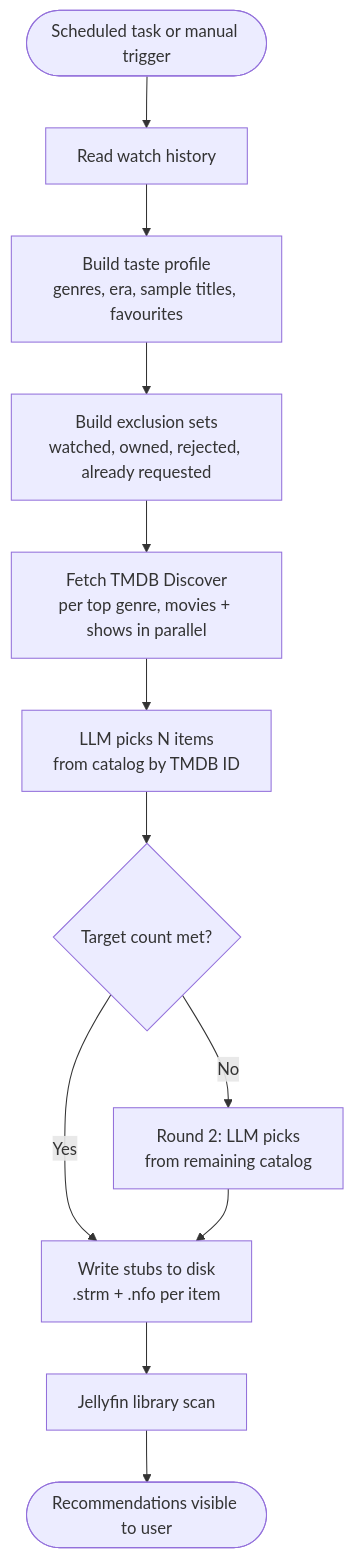
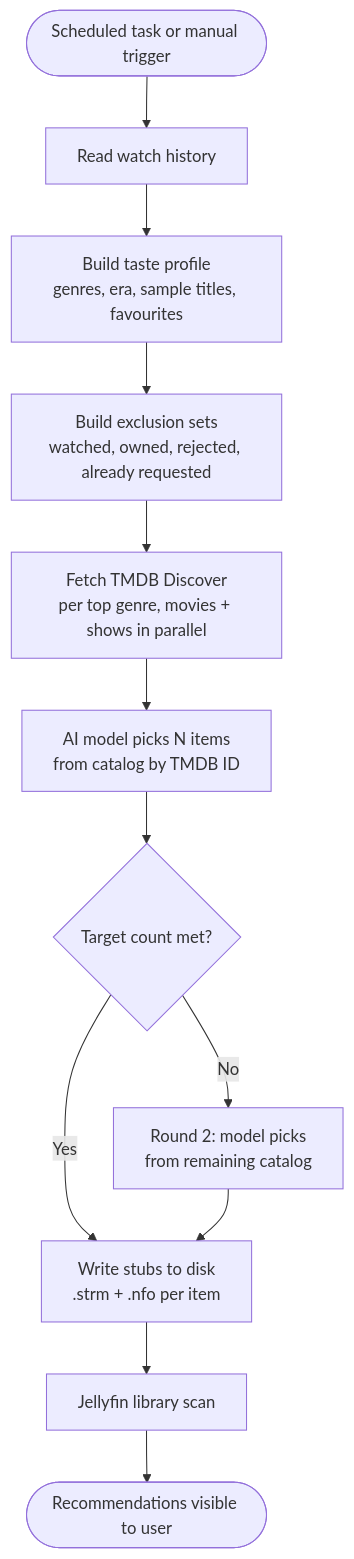
One commit to aG00Dtime/Jellyfin.Plugin.AIRecommendations changed the diagram in README.md. Above: the diagram before and after it, drawn with Mermaid. The commit also changed other lines of this file, not shown here.

Commit message:
Replace LLM with AI model in README

````diff
--- a/README.md
+++ b/README.md
@@ -94,14 +94,14 @@
 ```mermaid
 flowchart TD
     A([Scheduled task or manual trigger]) --> B[Read watch history]
     B --> C[Build taste profile\ngenres, era, sample titles, favourites]
     C --> D[Build exclusion sets\nwatched, owned, rejected, already requested]
     D --> E[Fetch TMDB Discover\nper top genre, movies + shows in parallel]
-    E --> F[LLM picks N items\nfrom catalog by TMDB ID]
+    E --> F[AI model picks N items\nfrom catalog by TMDB ID]
     F --> G{Target count met?}
     G -- Yes --> H[Write stubs to disk\n.strm + .nfo per item]
-    G -- No --> I[Round 2: LLM picks\nfrom remaining catalog]
+    G -- No --> I[Round 2: model picks\nfrom remaining catalog]
     I --> H
     H --> J[Jellyfin library scan]
     J --> K([Recommendations visible to user])
 ```
````
